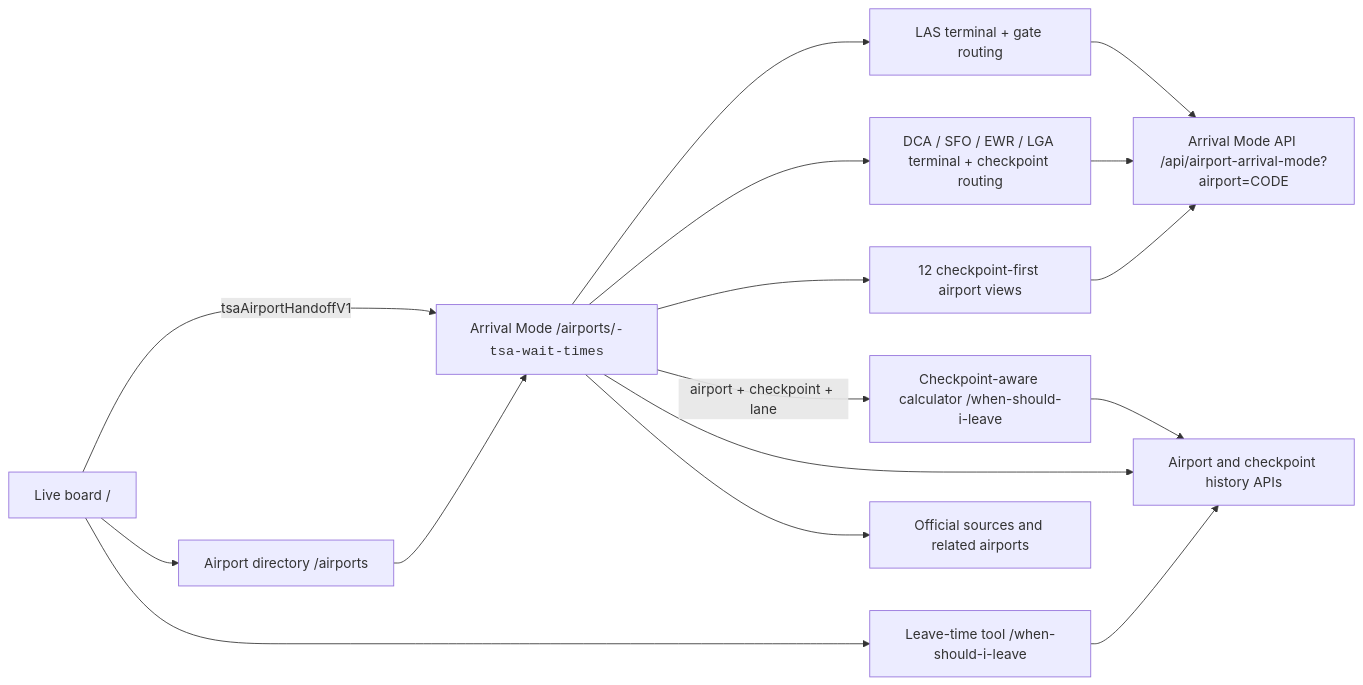
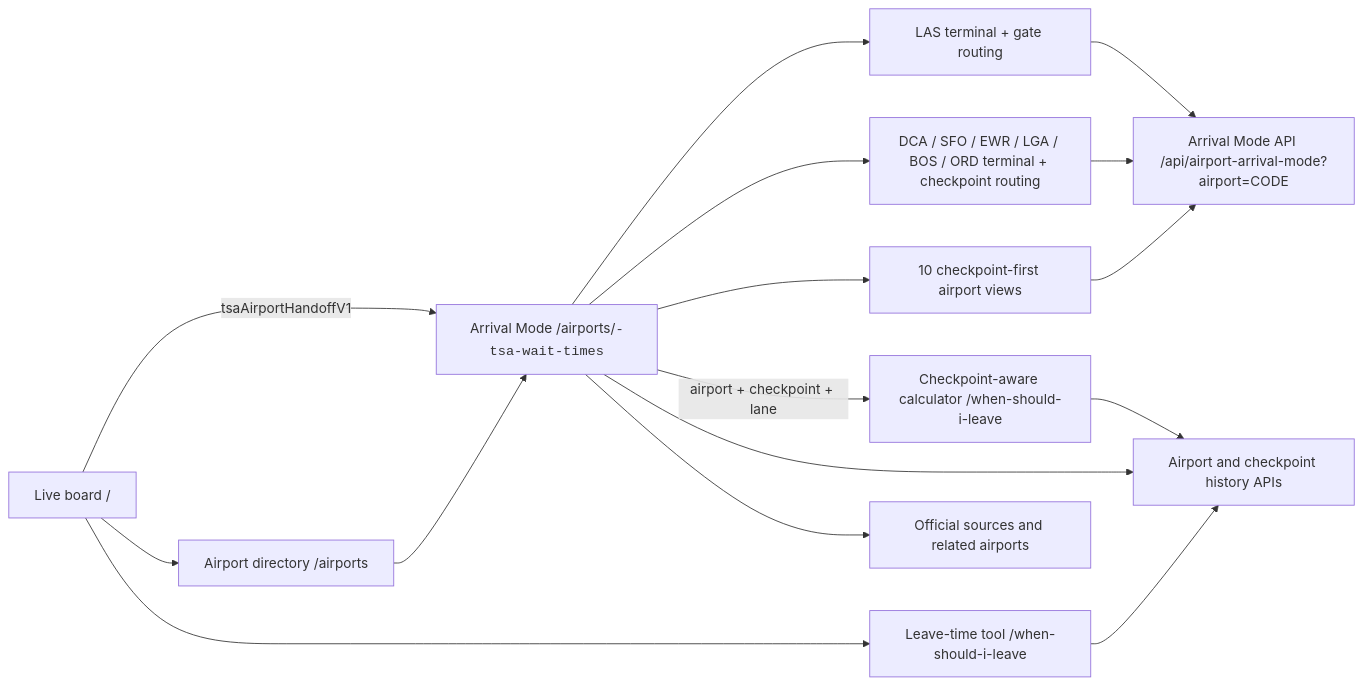
The diagram in docs/wayfinding-atlas-redesign.md (benbirkhahn/Tsatracker.com), drawn with Mermaid before and after one commit. The commit also changed other lines of this file and 3 other files, not shown here.

Commit message:
Add BOS and ORD terminal arrival maps

````diff
--- a/docs/wayfinding-atlas-redesign.md
+++ b/docs/wayfinding-atlas-redesign.md
@@ -50,18 +50,18 @@
 ```mermaid
 flowchart LR
   Home["Live board /"] -->|"tsaAirportHandoffV1"| Arrival["Arrival Mode /airports/<code>-tsa-wait-times"]
   Home --> Directory["Airport directory /airports"]
   Home --> Calculator["Leave-time tool /when-should-i-leave"]
   Directory --> Arrival
   Arrival --> LAS["LAS terminal + gate routing"]
-  Arrival --> TerminalCheckpoint["DCA / SFO / EWR / LGA terminal + checkpoint routing"]
-  Arrival --> Generic["12 checkpoint-first airport views"]
+  Arrival --> TerminalCheckpoint["DCA / SFO / EWR / LGA / BOS / ORD terminal + checkpoint routing"]
+  Arrival --> Generic["10 checkpoint-first airport views"]
   LAS --> ArrivalAPI["Arrival Mode API /api/airport-arrival-mode?airport=CODE"]
   TerminalCheckpoint --> ArrivalAPI
   Generic --> ArrivalAPI
   Arrival -->|"airport + checkpoint + lane"| CheckpointCalculator["Checkpoint-aware calculator /when-should-i-leave"]
   CheckpointCalculator --> History["Airport and checkpoint history APIs"]
   Arrival --> History
   Calculator --> History
   Arrival --> Guides["Official sources and related airports"]
 ```
````
